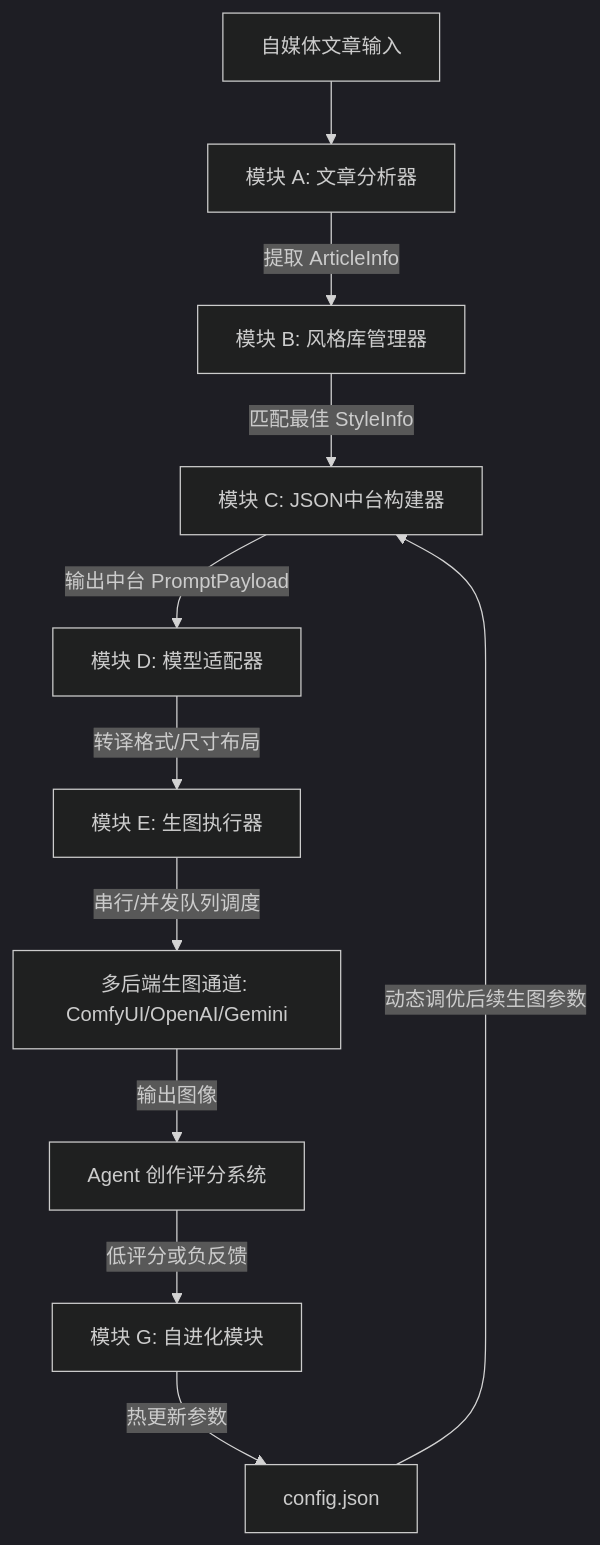
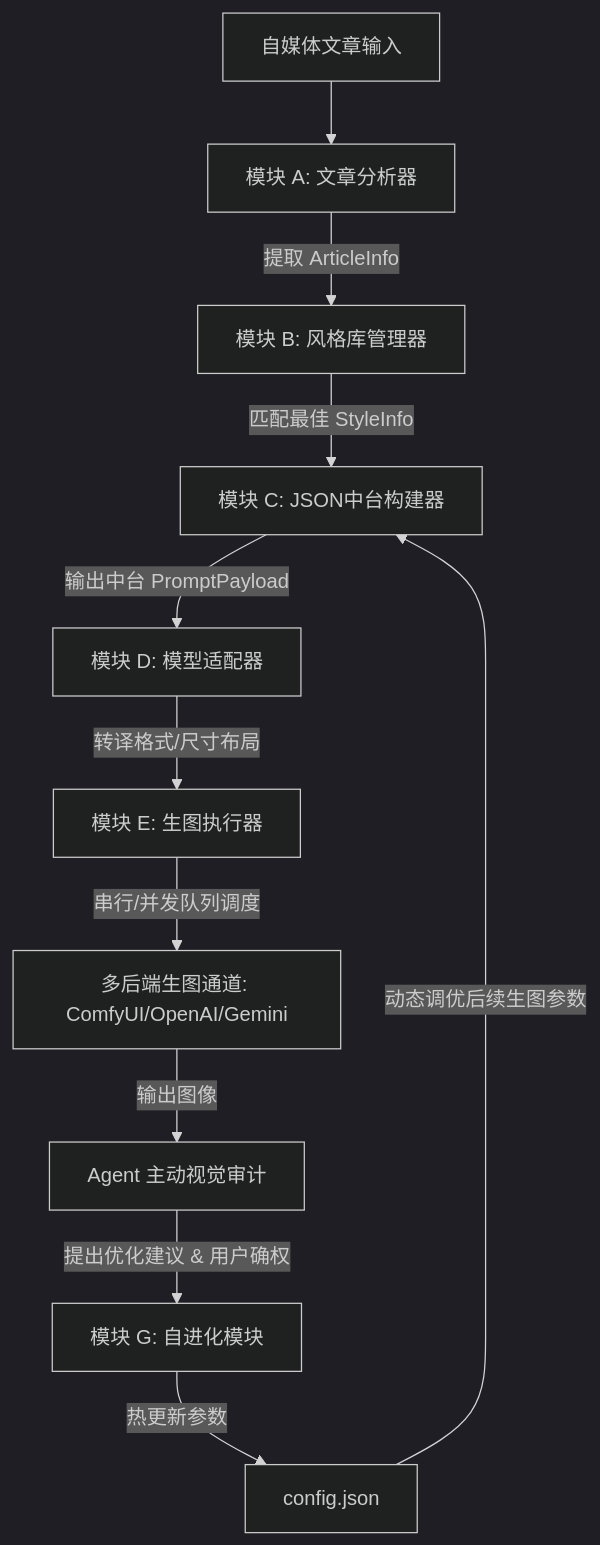
Before and after one commit to iMrFu/creative-visual-skill: the diagram in README.md, drawn with Mermaid (dark theme). The commit also changed other lines of this file and 5 other files, not shown here.

````diff
--- a/README.md
+++ b/README.md
@@ -66,13 +66,13 @@
 ```mermaid
 graph TD
     A[自媒体文章输入] --> B[模块 A: 文章分析器]
     B -->|提取 ArticleInfo| C[模块 B: 风格库管理器]
     C -->|匹配最佳 StyleInfo| D[模块 C: JSON中台构建器]
     D -->|输出中台 PromptPayload| E[模块 D: 模型适配器]
     E -->|转译格式/尺寸布局| F[模块 E: 生图执行器]
     F -->|串行/并发队列调度| G[多后端生图通道: ComfyUI/OpenAI/Gemini]
-    G -->|输出图像| H[Agent 创作评分系统]
-    H -->|低评分或负反馈| I[模块 G: 自进化模块]
+    G -->|输出图像| H[Agent 主动视觉审计]
+    H -->|提出优化建议 & 用户确权| I[模块 G: 自进化模块]
     I -->|热更新参数| J[config.json]
     J -->|动态调优后续生图参数| D
 ```
````
